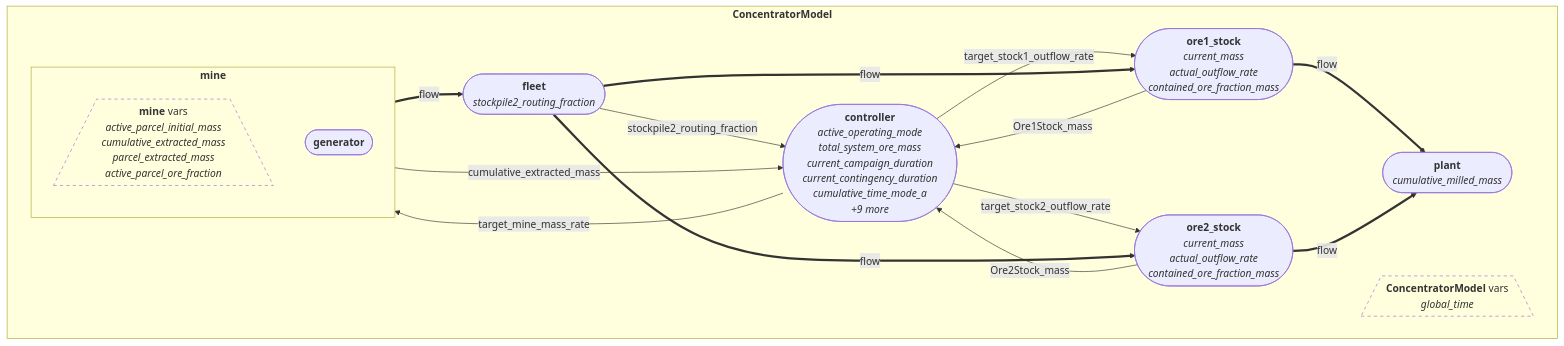
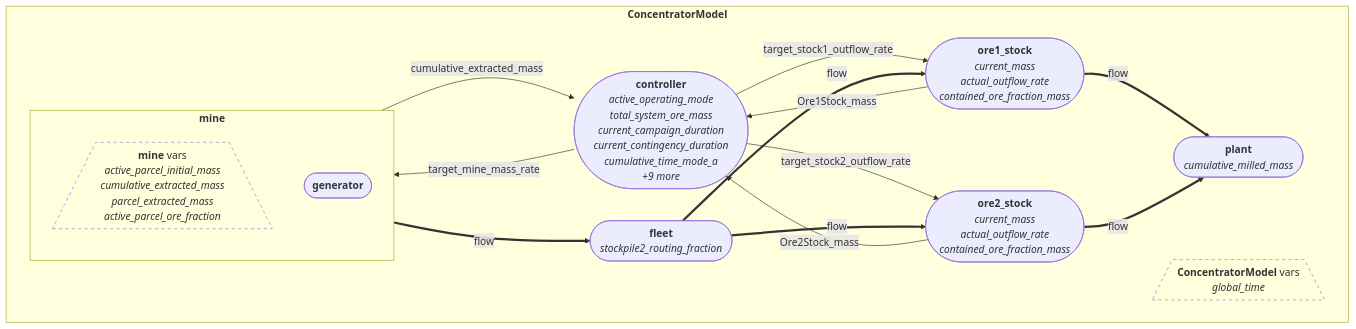
One commit to epicgamer17/mining-drs changed the diagram in Concentrator_Module_Graph.md. Above: the diagram before and after it, drawn with Mermaid. The commit also changed other lines of this file and 16 other files, not shown here.

````diff
--- a/Concentrator_Module_Graph.md
+++ b/Concentrator_Module_Graph.md
@@ -20,29 +20,28 @@
 ```mermaid
 flowchart TD
 subgraph root["<b>ConcentratorModel</b>"]
     root_vars[/"<b>ConcentratorModel</b> vars<br><i>global_time</i>"\]
     style root_vars fill:transparent,stroke-dasharray: 5 5
     subgraph mine["<b>mine</b>"]
         mine_vars[/"<b>mine</b> vars<br><i>active_parcel_initial_mass</i><br><i>cumulative_extracted_mass</i><br><i>parcel_extracted_mass</i><br><i>active_parcel_ore_fraction</i>"\]
         style mine_vars fill:transparent,stroke-dasharray: 5 5
         mine_generator(["<b>generator</b>"])
     end
     fleet(["<b>fleet</b><br><i>stockpile2_routing_fraction</i>"])
     ore1_stock(["<b>ore1_stock</b><br><i>current_mass</i><br><i>actual_outflow_rate</i><br><i>contained_ore_fraction_mass</i>"])
     ore2_stock(["<b>ore2_stock</b><br><i>current_mass</i><br><i>actual_outflow_rate</i><br><i>contained_ore_fraction_mass</i>"])
     plant(["<b>plant</b><br><i>cumulative_milled_mass</i>"])
     controller(["<b>controller</b><br><i>active_operating_mode</i><br><i>total_system_ore_mass</i><br><i>current_campaign_duration</i><br><i>current_contingency_duration</i><br><i>cumulative_time_mode_a</i><br><i>+9 more</i>"])
 end
     controller -->|target_mine_mass_rate| mine
     controller -->|target_stock1_outflow_rate| ore1_stock
     controller -->|target_stock2_outflow_rate| ore2_stock
     mine -->|cumulative_extracted_mass| controller
     ore1_stock -->|Ore1Stock_mass| controller
     ore2_stock -->|Ore2Stock_mass| controller
-    fleet -->|stockpile2_routing_fraction| controller
     mine ==>|flow| fleet
     fleet ==>|flow| ore1_stock
     fleet ==>|flow| ore2_stock
     ore1_stock ==>|flow| plant
     ore2_stock ==>|flow| plant
 ```
````
